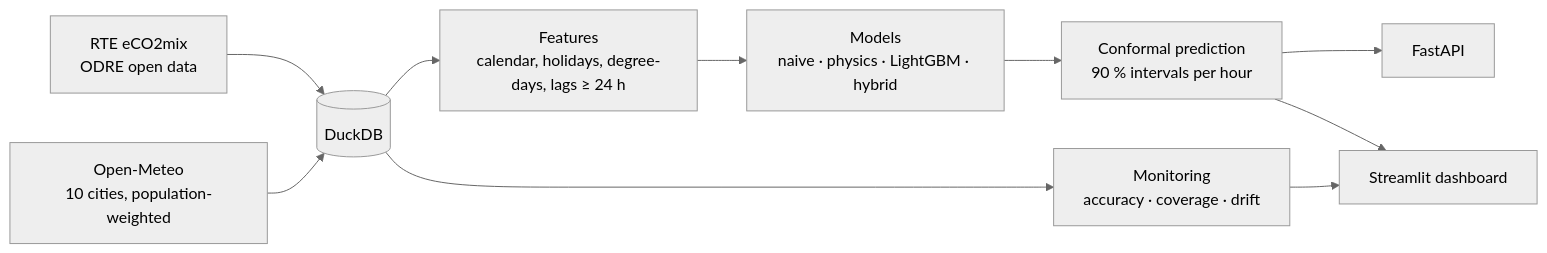
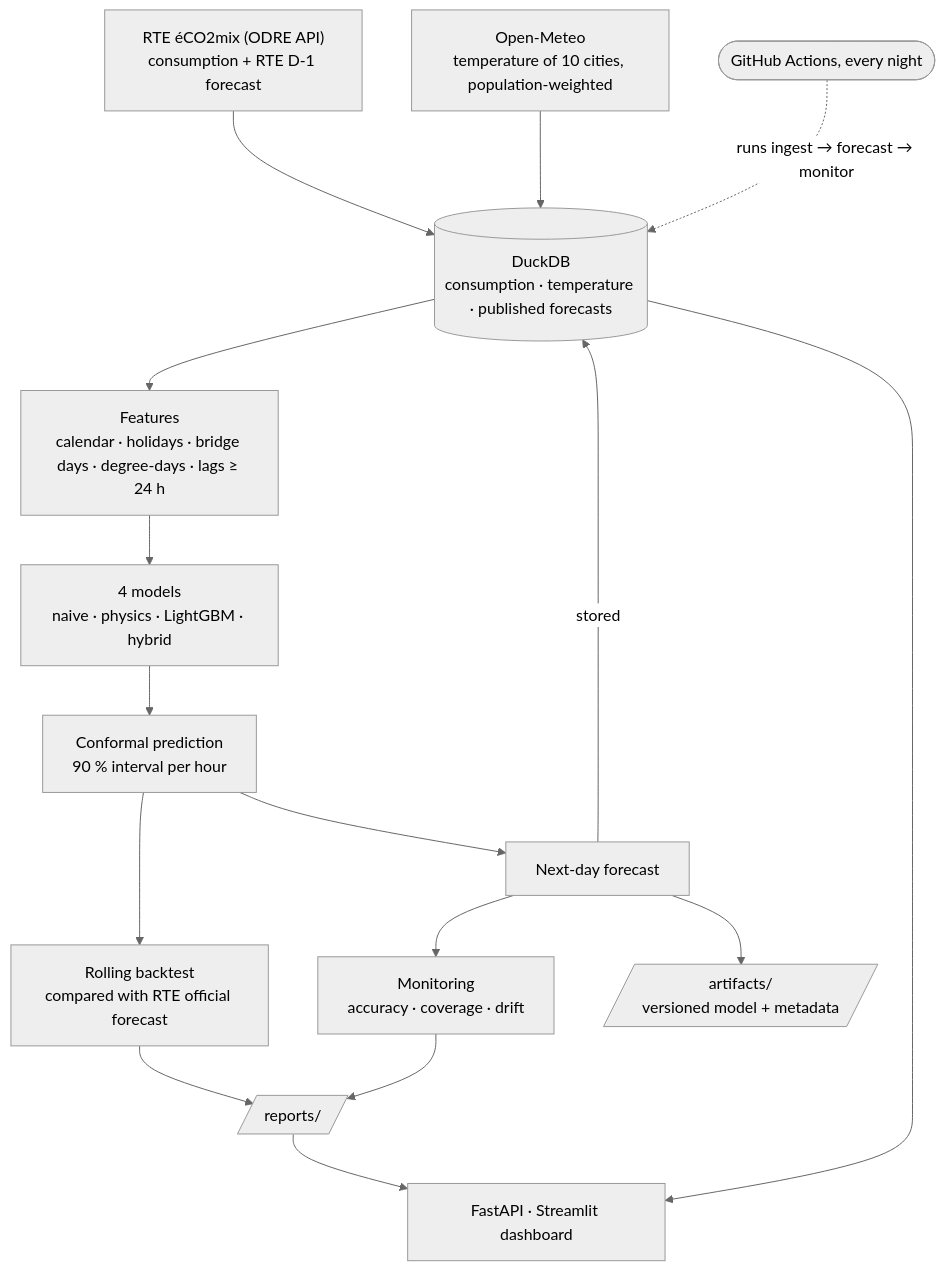
Before and after one commit to NHZ-DS/ELECTRICITE: the first of 2 diagrams in README.md, drawn with Mermaid (neutral theme). The commit also changed other lines of this file, not shown here.

````diff
--- a/README.md
+++ b/README.md
@@ -37,12 +40,24 @@
 ```mermaid
-flowchart LR
-    A[RTE eCO2mix<br/>ODRE open data] --> C[(DuckDB)]
-    B[Open-Meteo<br/>10 cities, population-weighted] --> C
-    C --> D[Features<br/>calendar, holidays, degree-days, lags ≥ 24 h]
-    D --> E[Models<br/>naive · physics · LightGBM · hybrid]
-    E --> F[Conformal prediction<br/>90 % intervals per hour]
-    F --> G[FastAPI]
-    F --> H[Streamlit dashboard]
-    C --> I[Monitoring<br/>accuracy · coverage · drift]
-    I --> H
+flowchart TB
+    A["RTE éCO2mix (ODRE API)<br/>consumption + RTE D-1 forecast"] --> C
+    B["Open-Meteo<br/>temperature of 10 cities, population-weighted"] --> C
+    C[("DuckDB<br/>consumption · temperature · published forecasts")]
+
+    C --> D["Features<br/>calendar · holidays · bridge days · degree-days · lags ≥ 24 h"]
+    D --> E["4 models<br/>naive · physics · LightGBM · hybrid"]
+    E --> F["Conformal prediction<br/>90 % interval per hour"]
+
+    F --> BT["Rolling backtest<br/>compared with RTE official forecast"]
+    F --> FC["Next-day forecast"]
+    FC --> MON["Monitoring<br/>accuracy · coverage · drift"]
+
+    BT --> R[/"reports/"/]
+    MON --> R
+    FC --> S[/"artifacts/<br/>versioned model + metadata"/]
+    FC -->|stored| C
+
+    R --> SERVE["FastAPI · Streamlit dashboard"]
+    C --> SERVE
+
+    CRON(["GitHub Actions, every night"]) -.->|runs ingest → forecast → monitor| C
 ```
````
